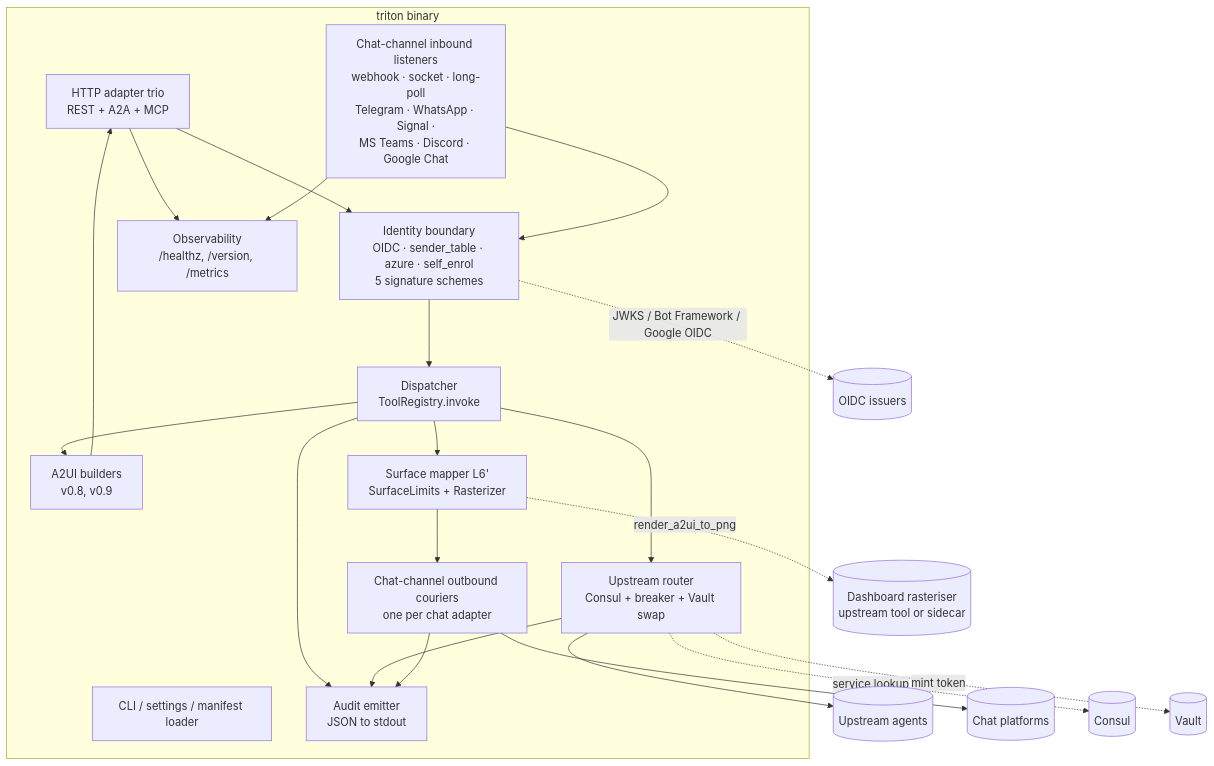
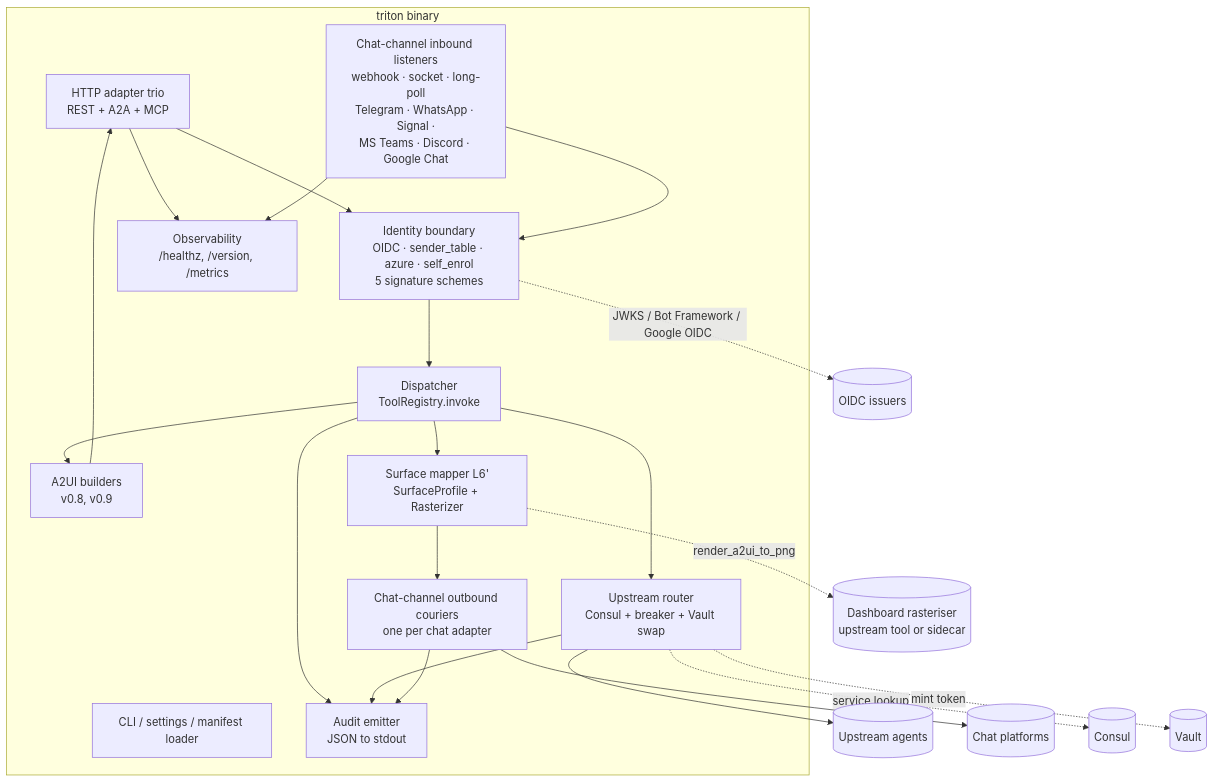
The second of 3 diagrams in doc/architecture.md (DataZooDE/triton), drawn with Mermaid before and after one commit. The commit also changed other lines of this file and 5 other files, not shown here.

First line of the commit message:
docs(surface): document the #352 surface hint; fix the SurfaceLimits drift

````diff
--- a/doc/architecture.md
+++ b/doc/architecture.md
@@ -152,32 +152,32 @@
 ```mermaid
 flowchart TB
   subgraph TritonBin[triton binary]
     Reg[CLI / settings / manifest loader]
     HTTPAdapters[HTTP adapter trio<br/>REST + A2A + MCP]
     ChatIn[Chat-channel inbound listeners<br/>webhook · socket · long-poll<br/>Telegram · WhatsApp · Signal ·<br/>MS Teams · Discord · Google Chat]
     Identity[Identity boundary<br/>OIDC · sender_table · azure · self_enrol<br/>5 signature schemes]
     Disp[Dispatcher<br/>ToolRegistry.invoke]
     Router[Upstream router<br/>Consul + breaker + Vault swap]
     A2UI[A2UI builders<br/>v0.8, v0.9]
-    Mapper[Surface mapper L6'<br/>SurfaceLimits + Rasterizer]
+    Mapper[Surface mapper L6'<br/>SurfaceProfile + Rasterizer]
     ChatOut[Chat-channel outbound couriers<br/>one per chat adapter]
     Audit[Audit emitter<br/>JSON to stdout]
     Obs[Observability<br/>/healthz, /version, /metrics]
   end
 
   HTTPAdapters --> Identity
   ChatIn --> Identity
   Identity --> Disp
   Disp --> Router --> Agents[(Upstream agents)]
   Disp --> A2UI --> HTTPAdapters
   Disp --> Mapper --> ChatOut --> Platforms[(Chat platforms)]
   Disp --> Audit
   Router --> Audit
   ChatOut --> Audit
   Identity -. JWKS / Bot Framework / Google OIDC .-> OIDC[(OIDC issuers)]
   Router -. service lookup .-> Consul[(Consul)]
   Router -. mint token .-> Vault[(Vault)]
   Mapper -. render_a2ui_to_png .-> Rasterizer[(Dashboard rasteriser<br/>upstream tool or sidecar)]
   HTTPAdapters --> Obs
   ChatIn --> Obs
 ```
````
